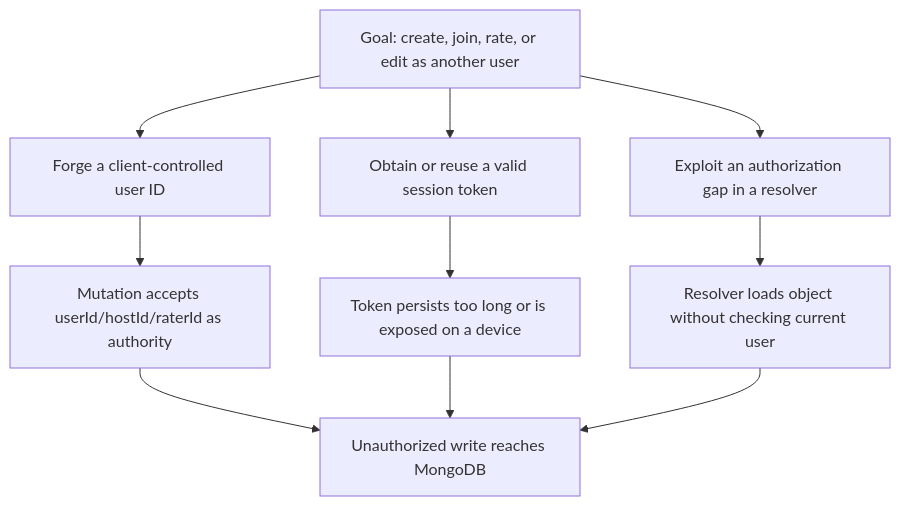
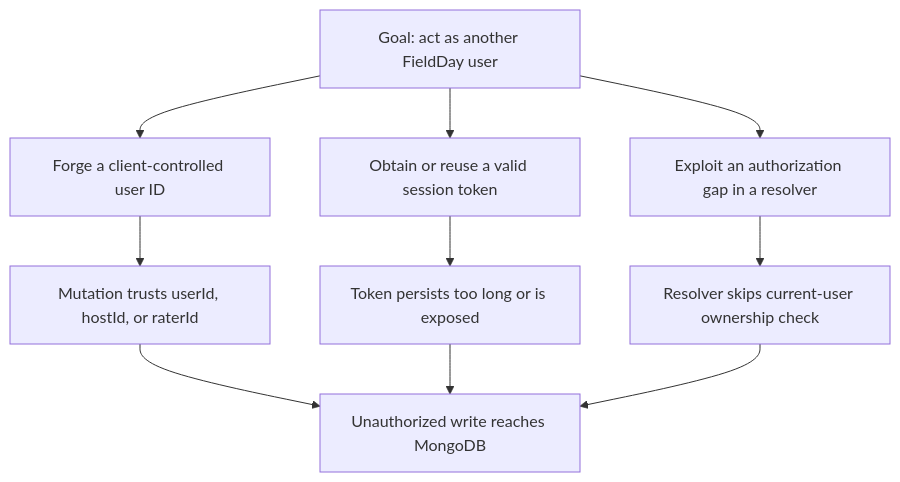
Before and after one commit to pkarlsso/FieldDay: the second of 3 diagrams in doc/security/security-design-review.md, drawn with Mermaid. The commit also changed other lines of this file, not shown here.

Commit message:
fix: render security review Mermaid diagrams

````diff
--- a/doc/security/security-design-review.md
+++ b/doc/security/security-design-review.md
@@ -41,13 +41,13 @@
 ```mermaid
 flowchart TD
-  R[Goal: create, join, rate, or edit as another user]
-  R --> A[Forge a client-controlled user ID]
-  R --> B[Obtain or reuse a valid session token]
-  R --> C[Exploit an authorization gap in a resolver]
-  A --> A1[Mutation accepts userId/hostId/raterId as authority]
-  B --> B1[Token persists too long or is exposed on a device]
-  C --> C1[Resolver loads object without checking current user]
-  A1 --> X[Unauthorized write reaches MongoDB]
+  R["Goal: act as another FieldDay user"]
+  R --> A["Forge a client-controlled user ID"]
+  R --> B["Obtain or reuse a valid session token"]
+  R --> C["Exploit an authorization gap in a resolver"]
+  A --> A1["Mutation trusts userId, hostId, or raterId"]
+  B --> B1["Token persists too long or is exposed"]
+  C --> C1["Resolver skips current-user ownership check"]
+  A1 --> X["Unauthorized write reaches MongoDB"]
   B1 --> X
   C1 --> X
 ```
````
